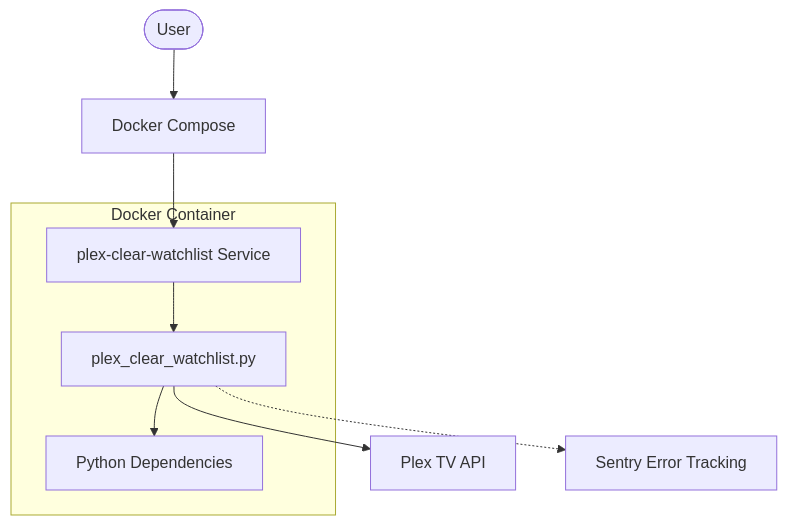
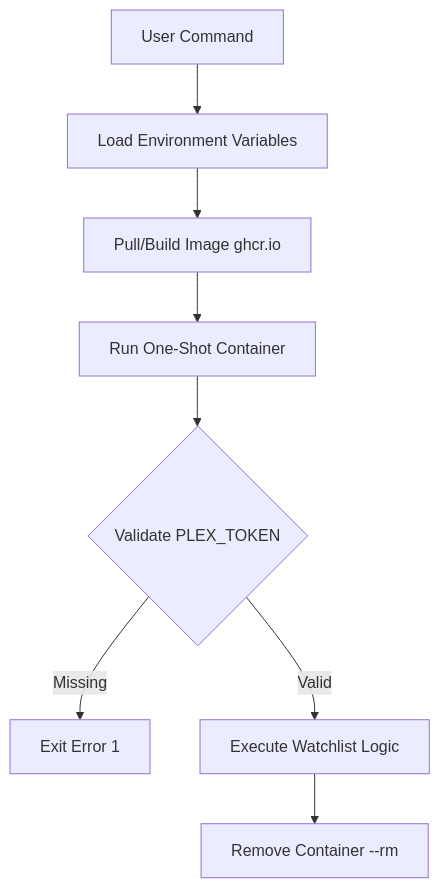
Before and after one commit to Avkroken/Docker-idempotent-update: the first of 2 diagrams in .cubic/wiki/02-sec-setup/02-page-docker-setup.md, drawn with Mermaid. The commit also changed other lines of this file and 42 other files, not shown here.

````diff
--- a/.cubic/wiki/02-sec-setup/02-page-docker-setup.md
+++ b/.cubic/wiki/02-sec-setup/02-page-docker-setup.md
@@ -36,11 +35,10 @@
 ```mermaid
-graph TD
-    User([User]) --> DC[Docker Compose]
-    DC --> Service[plex-clear-watchlist Service]
-    subgraph Container [Docker Container]
-        Service --> Script[plex_clear_watchlist.py]
-        Script --> Deps[Python Dependencies]
-    end
-    Script --> PlexAPI[Plex TV API]
-    Script -.-> Sentry[Sentry Error Tracking]
+flowchart TD
+    Start[User Command] --> Env[Load Environment Variables]
+    Env --> Pull[Pull/Build Image ghcr.io]
+    Pull --> Run[Run One-Shot Container]
+    Run --> Auth{Validate PLEX_TOKEN}
+    Auth -- Missing --> Fail[Exit Error 1]
+    Auth -- Valid --> Process[Execute Watchlist Logic]
+    Process --> End[Remove Container --rm]
 ```
````
